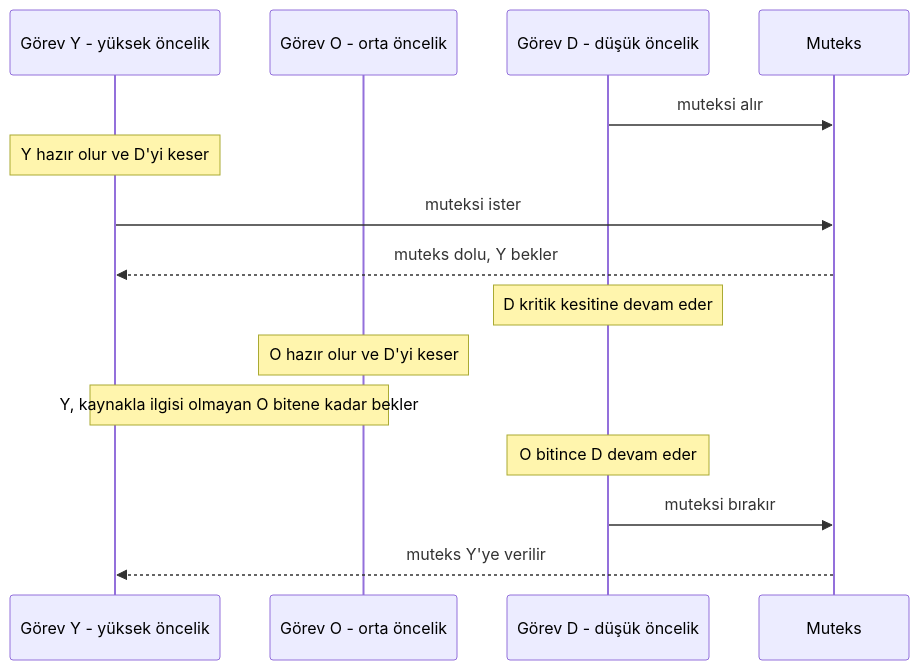
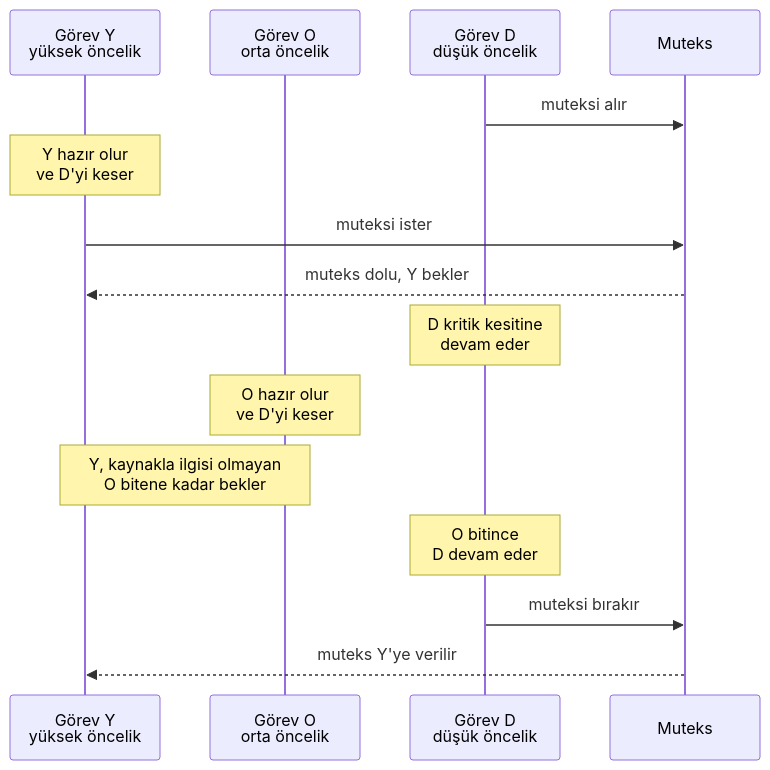
One commit to Mavrikant/aviyonikyazilim changed the second of 2 diagrams in kitap/05-ozel-konular/20-gercek-zamanli-isletim-sistemleri.mdx. Above: the diagram before and after it, drawn with Mermaid. The commit also changed 27 other files, not shown here.

````diff
--- a/kitap/05-ozel-konular/20-gercek-zamanli-isletim-sistemleri.mdx
+++ b/kitap/05-ozel-konular/20-gercek-zamanli-isletim-sistemleri.mdx
@@ -276,17 +276,17 @@
 ```mermaid
 sequenceDiagram
-    participant Y as Görev Y - yüksek öncelik
-    participant O as Görev O - orta öncelik
-    participant D as Görev D - düşük öncelik
+    participant Y as Görev Y<br/>yüksek öncelik
+    participant O as Görev O<br/>orta öncelik
+    participant D as Görev D<br/>düşük öncelik
     participant M as Muteks
     D->>M: muteksi alır
-    Note over Y: Y hazır olur ve D'yi keser
+    Note over Y: Y hazır olur<br/>ve D'yi keser
     Y->>M: muteksi ister
     M-->>Y: muteks dolu, Y bekler
-    Note over D: D kritik kesitine devam eder
-    Note over O: O hazır olur ve D'yi keser
-    Note over Y,O: Y, kaynakla ilgisi olmayan O bitene kadar bekler
-    Note over D: O bitince D devam eder
+    Note over D: D kritik kesitine<br/>devam eder
+    Note over O: O hazır olur<br/>ve D'yi keser
+    Note over Y,O: Y, kaynakla ilgisi olmayan<br/>O bitene kadar bekler
+    Note over D: O bitince<br/>D devam eder
     D->>M: muteksi bırakır
     M-->>Y: muteks Y'ye verilir
 ```
````
